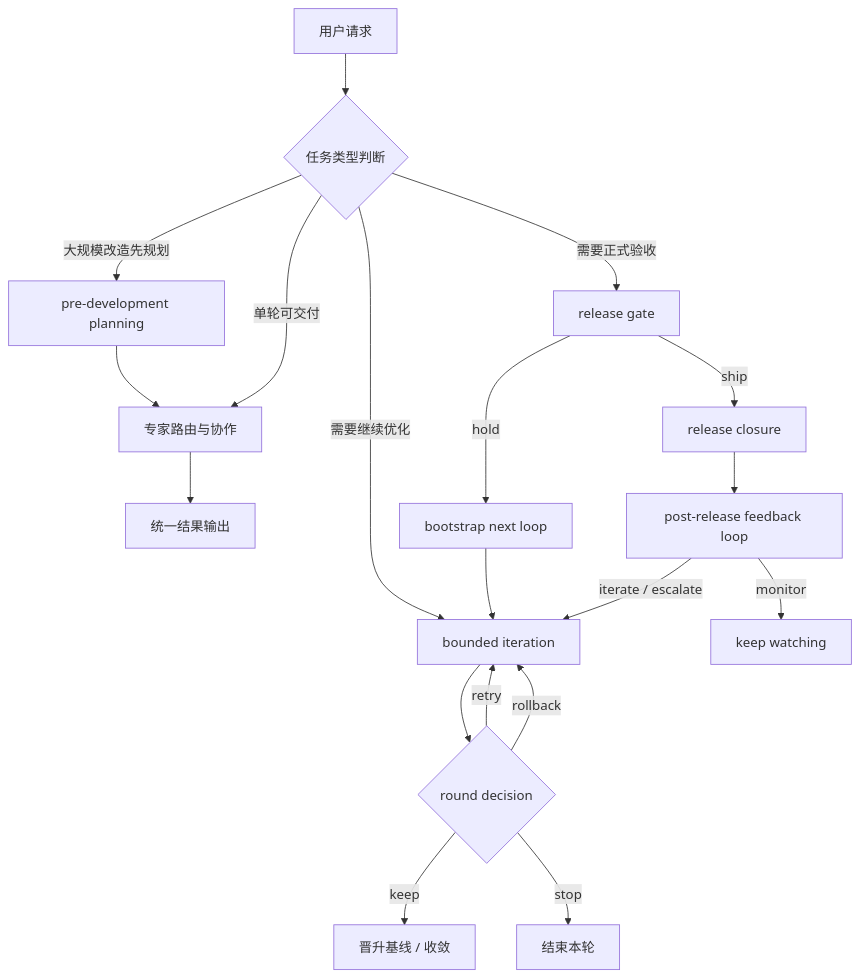
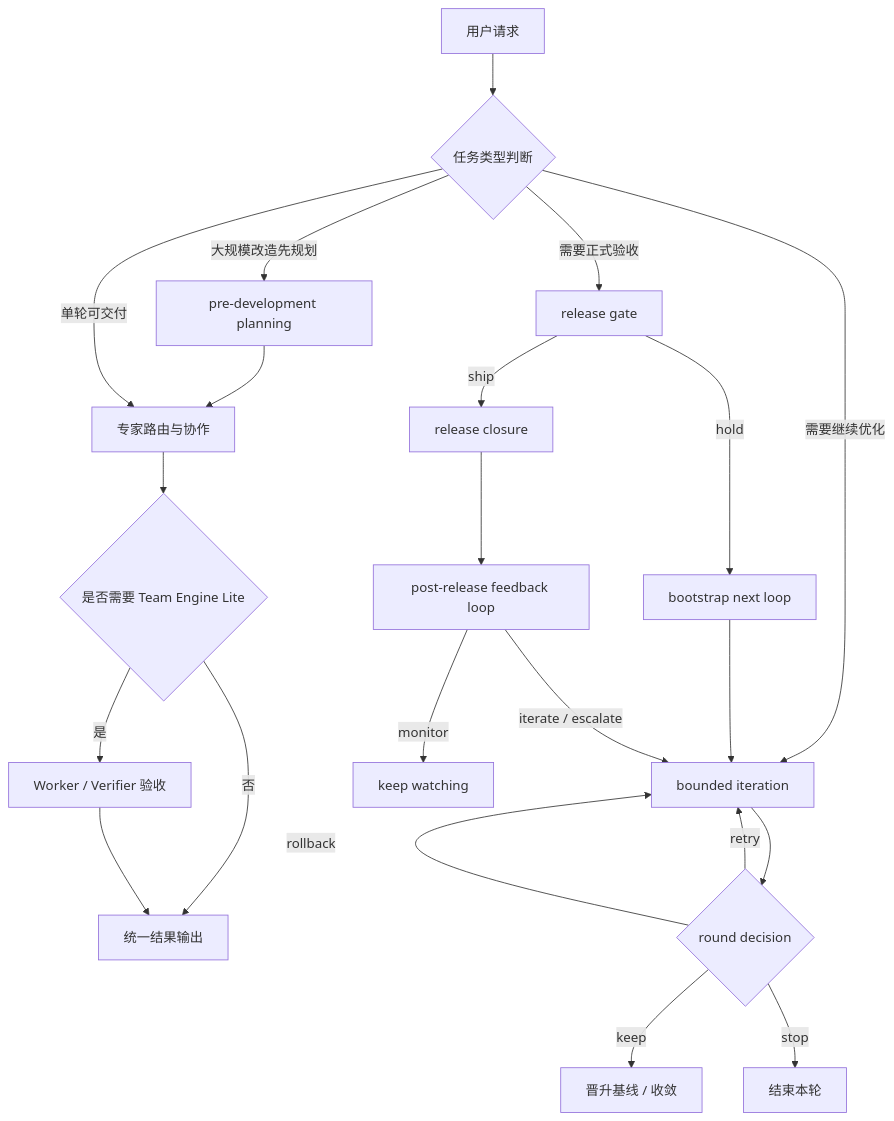
The first of 3 diagrams in references/workflow-sequences.md (fxbin/virtual-intelligent-dev-team), drawn with Mermaid before and after one commit. The commit also changed other lines of this file and 7 other files, not shown here.

Commit message:
docs(virtual-intelligent-dev-team): 完善运行流程图与闭环说明

````diff
--- a/references/workflow-sequences.md
+++ b/references/workflow-sequences.md
@@ -30,24 +32,27 @@
 ```mermaid
 flowchart TD
     A[用户请求] --> B{任务类型判断}
     B -->|大规模改造先规划| P[pre-development planning]
     P --> C[专家路由与协作]
 
     B -->|单轮可交付| C
-    C --> D[统一结果输出]
+    C --> T{是否需要 Team Engine Lite}
+    T -->|否| D[统一结果输出]
+    T -->|是| V[Worker / Verifier 验收]
+    V --> D
 
     B -->|需要继续优化| E[bounded iteration]
     E --> F{round decision}
     F -->|keep| G[晋升基线 / 收敛]
     F -->|retry| E
     F -->|rollback| E
     F -->|stop| H[结束本轮]
 
     B -->|需要正式验收| I[release gate]
     I -->|ship| J[release closure]
     I -->|hold| K[bootstrap next loop]
     K --> E
     J --> L[post-release feedback loop]
     L -->|monitor| M[keep watching]
     L -->|iterate / escalate| E
 ```
````
